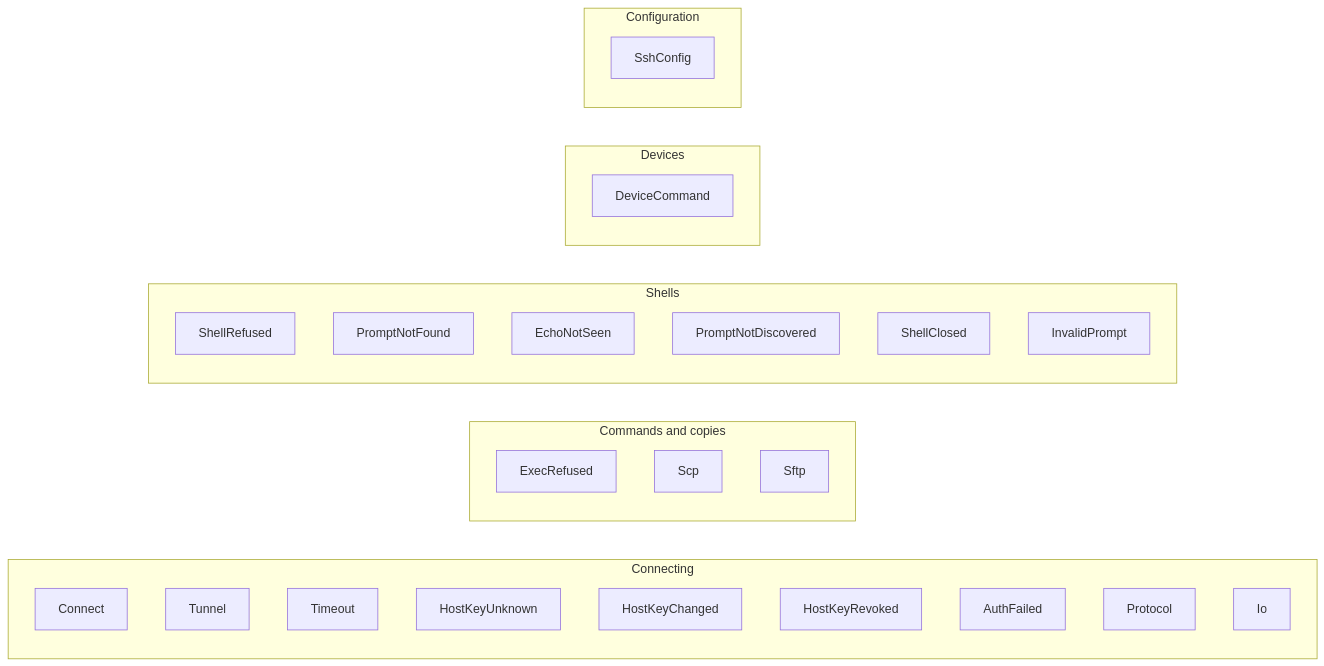
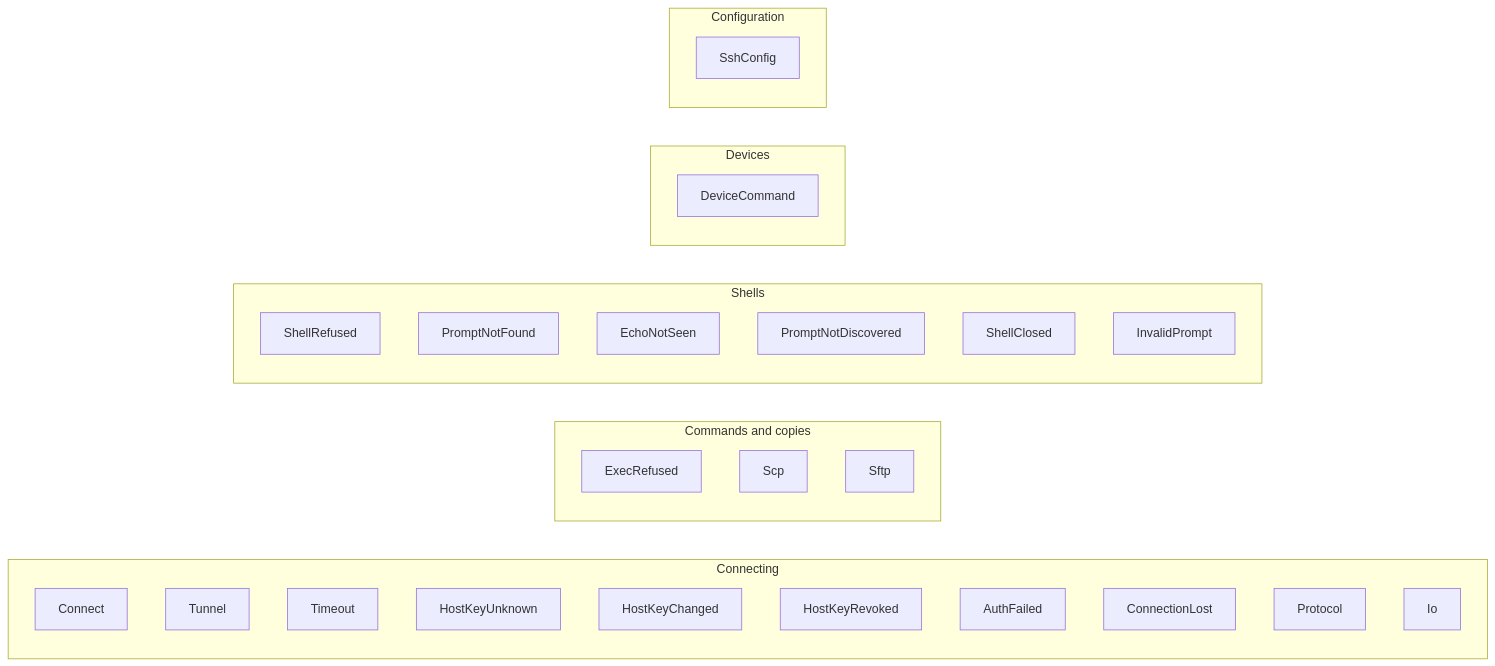
The diagram in docs/architecture/errors.md (bwks/jato-lib), drawn with Mermaid before and after one commit. The commit also changed other lines of this file and 20 other files, not shown here.

````diff
--- a/docs/architecture/errors.md
+++ b/docs/architecture/errors.md
@@ -27,33 +27,34 @@
 ```mermaid
 graph LR
     subgraph Connecting
         Connect
         Tunnel
         Timeout
         HostKeyUnknown
         HostKeyChanged
         HostKeyRevoked
         AuthFailed
+        ConnectionLost
         Protocol
         Io
     end
     subgraph Commands and copies
         ExecRefused
         Scp
         Sftp
     end
     subgraph Shells
         ShellRefused
         PromptNotFound
         EchoNotSeen
         PromptNotDiscovered
         ShellClosed
         InvalidPrompt
     end
     subgraph Devices
         DeviceCommand
     end
     subgraph Configuration
         SshConfig
     end
 ```
````
